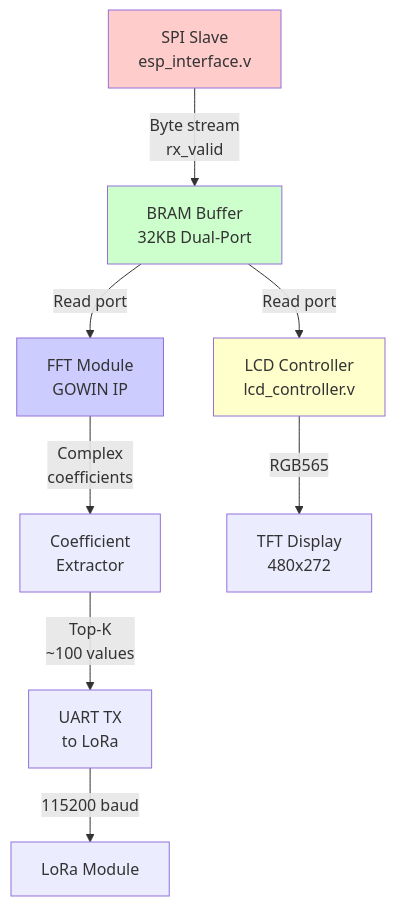
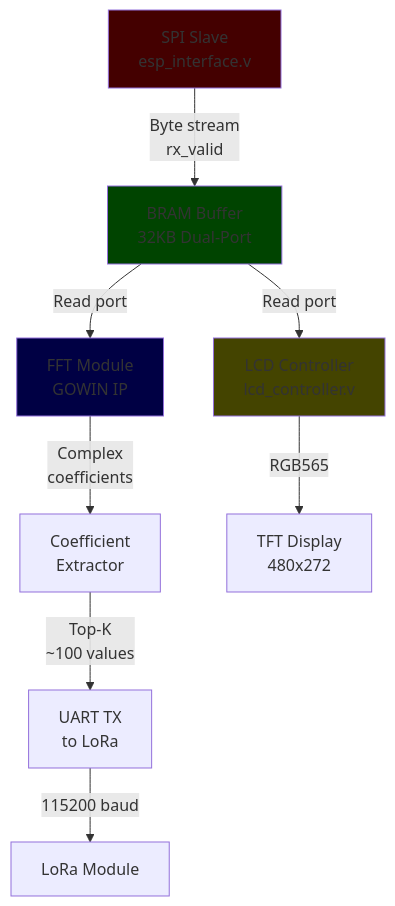
The first of 2 diagrams in FPGA_Unit/docs/SDD/SDD400.md (ColeZenk/SD403_TrailCamera_NDSU), drawn with Mermaid before and after one commit. The commit also changed other lines of this file and 1 other file, not shown here.

Commit message:
updated colorscheme

````diff
--- a/FPGA_Unit/docs/SDD/SDD400.md
+++ b/FPGA_Unit/docs/SDD/SDD400.md
@@ -73,23 +73,23 @@
 ```mermaid
 flowchart TD
     SPI[SPI Slave<br/>esp_interface.v]
     BRAM[BRAM Buffer<br/>32KB Dual-Port]
     LCD_CTRL[LCD Controller<br/>lcd_controller.v]
     FFT[FFT Module<br/>GOWIN IP]
     COEFF[Coefficient<br/>Extractor]
     UART[UART TX<br/>to LoRa]
     TFT[TFT Display<br/>480x272]
 
     SPI -->|Byte stream<br/>rx_valid| BRAM
     BRAM -->|Read port| LCD_CTRL
     BRAM -->|Read port| FFT
     LCD_CTRL -->|RGB565| TFT
     FFT -->|Complex<br/>coefficients| COEFF
     COEFF -->|Top-K<br/>~100 values| UART
     UART -->|115200 baud| LORA_TX[LoRa Module]
 
-    style SPI fill:#ffcccc
-    style BRAM fill:#ccffcc
-    style FFT fill:#ccccff
-    style LCD_CTRL fill:#ffffcc
+    style SPI fill:#440000
+    style BRAM fill:#004400
+    style FFT fill:#000044
+    style LCD_CTRL fill:#444400
 ```
````
